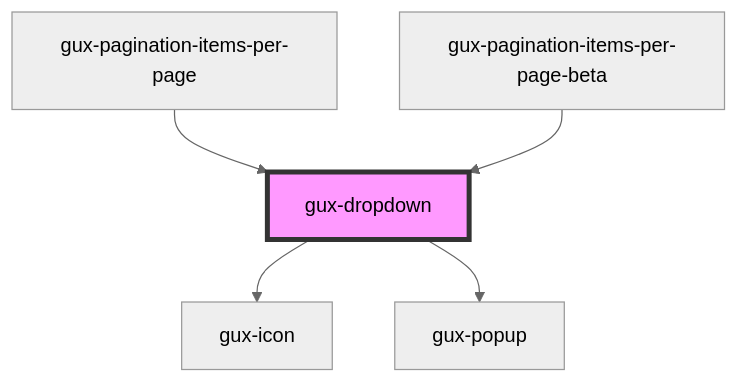
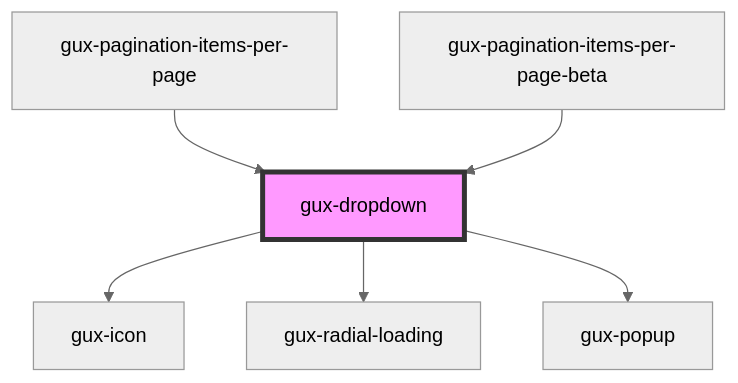
One commit to MyPureCloud/genesys-spark changed the diagram in src/components/stable/gux-dropdown/readme.md. Above: the diagram before and after it, drawn with Mermaid (neutral theme). The commit also changed other lines of this file and 20 other files, not shown here.

First line of the commit message:
feat(dropdown): added loading state

````diff
--- a/src/components/stable/gux-dropdown/readme.md
+++ b/src/components/stable/gux-dropdown/readme.md
@@ -38,8 +47,9 @@
 ```mermaid
 graph TD;
   gux-dropdown --> gux-icon
+  gux-dropdown --> gux-radial-loading
   gux-dropdown --> gux-popup
   gux-pagination-items-per-page --> gux-dropdown
   gux-pagination-items-per-page-beta --> gux-dropdown
   style gux-dropdown fill:#f9f,stroke:#333,stroke-width:4px
 ```
````
